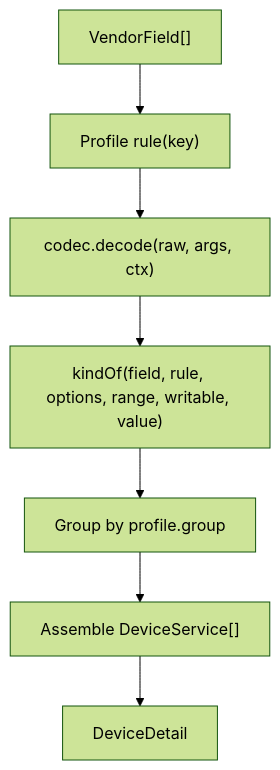
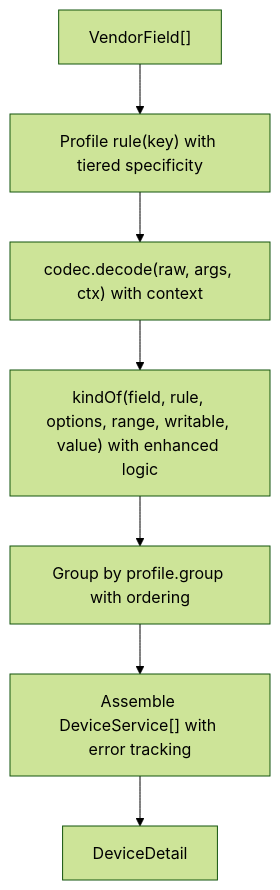
The eighth of 9 diagrams in .qoder/repowiki/en/content/Provider Development/Device Property Mapping.md (dlutwuwei/mihome-web), drawn with Mermaid (forest theme) before and after one commit. The commit also changed other lines of this file and 84 other files, not shown here.

````diff
--- a/.qoder/repowiki/en/content/Provider Development/Device Property Mapping.md
+++ b/.qoder/repowiki/en/content/Provider Development/Device Property Mapping.md
@@ -356,9 +357,9 @@
 ```mermaid
 flowchart TD
-Fields["VendorField[]"] --> Rules["Profile rule(key)"]
-Rules --> Codec["codec.decode(raw, args, ctx)"]
-Codec --> Kind["kindOf(field, rule, options, range, writable, value)"]
-Kind --> Buckets["Group by profile.group"]
-Buckets --> Services["Assemble DeviceService[]"]
+Fields["VendorField[]"] --> Rules["Profile rule(key) with tiered specificity"]
+Rules --> Codec["codec.decode(raw, args, ctx) with context"]
+Codec --> Kind["kindOf(field, rule, options, range, writable, value) with enhanced logic"]
+Kind --> Buckets["Group by profile.group with ordering"]
+Buckets --> Services["Assemble DeviceService[] with error tracking"]
 Services --> Detail["DeviceDetail"]
 ```
````
